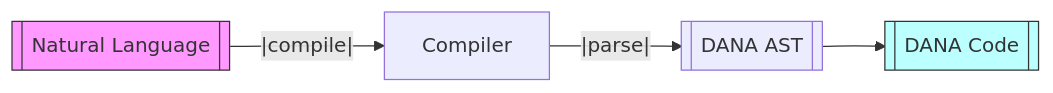
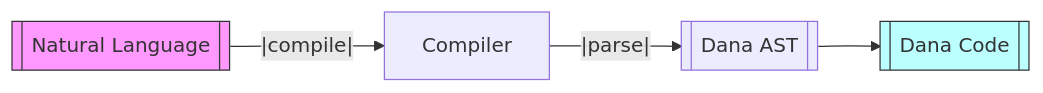
Before and after one commit to aitomatic/dana: the second of 4 diagrams in docs/dana/transcoder.md, drawn with Mermaid. The commit also changed other lines of this file and 54 other files, not shown here.

````diff
--- a/docs/dana/transcoder.md
+++ b/docs/dana/transcoder.md
@@ -43,8 +43,8 @@
 ```mermaid
 graph LR
     NL[[Natural Language]] --|compile|--> C[Compiler]
-    C --|parse|--> AST[[DANA AST]]
-    AST --> DANA[[DANA Code]]
+    C --|parse|--> AST[[Dana AST]]
+    AST --> Dana[[Dana Code]]
     style NL fill:#f9f,stroke:#333
-    style DANA fill:#bff,stroke:#333
+    style Dana fill:#bff,stroke:#333
 ``` 
````
